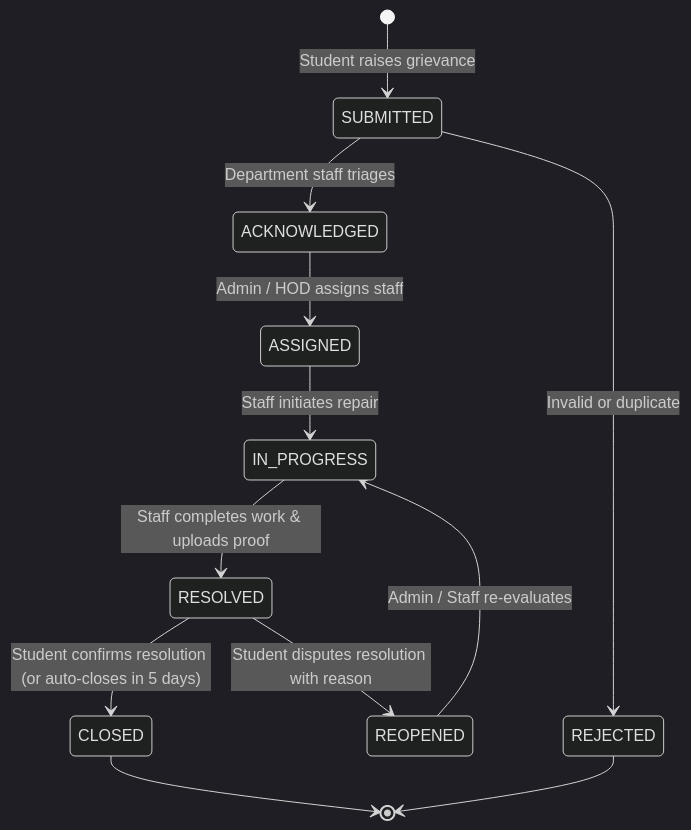
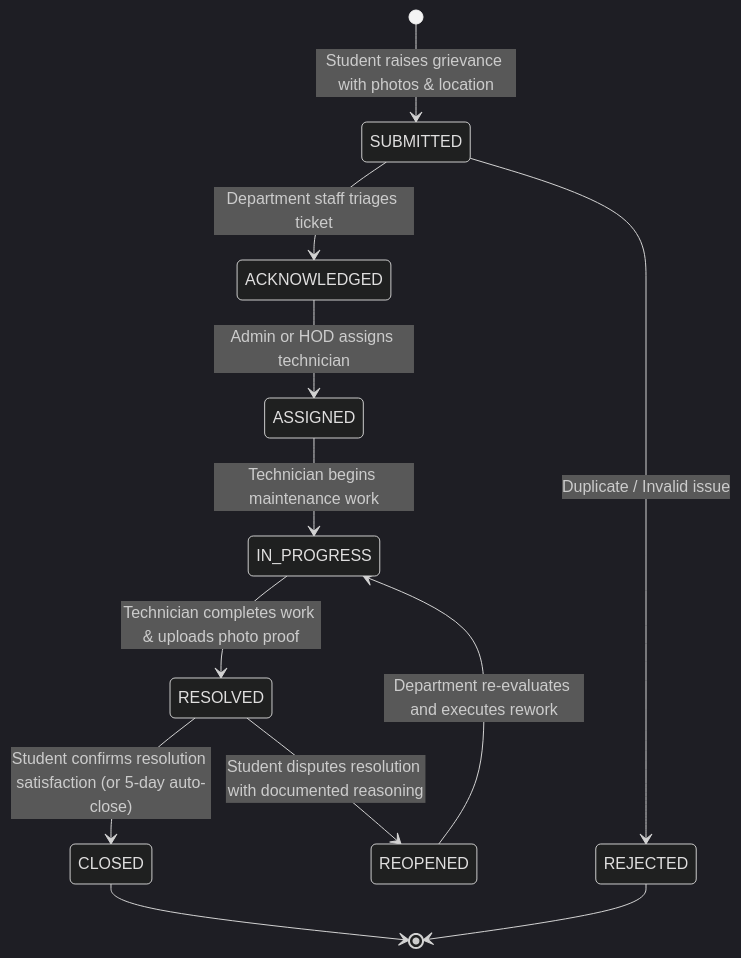
Before and after one commit to PallaviGonjari19/Grievio: the second of 2 diagrams in PROJECT_PLAN.md, drawn with Mermaid (dark theme). The commit also changed other lines of this file and 78 other files, not shown here.

````diff
--- a/PROJECT_PLAN.md
+++ b/PROJECT_PLAN.md
@@ -136,14 +205,14 @@
 ```mermaid
 stateDiagram-v2
-    [*] --> SUBMITTED: Student raises grievance
-    SUBMITTED --> ACKNOWLEDGED: Department staff triages
-    SUBMITTED --> REJECTED: Invalid or duplicate
-    ACKNOWLEDGED --> ASSIGNED: Admin / HOD assigns staff
-    ASSIGNED --> IN_PROGRESS: Staff initiates repair
-    IN_PROGRESS --> RESOLVED: Staff completes work & uploads proof
-    RESOLVED --> CLOSED: Student confirms resolution (or auto-closes in 5 days)
-    RESOLVED --> REOPENED: Student disputes resolution with reason
-    REOPENED --> IN_PROGRESS: Admin / Staff re-evaluates
+    [*] --> SUBMITTED: Student raises grievance with photos & location
+    SUBMITTED --> ACKNOWLEDGED: Department staff triages ticket
+    SUBMITTED --> REJECTED: Duplicate / Invalid issue
+    ACKNOWLEDGED --> ASSIGNED: Admin or HOD assigns technician
+    ASSIGNED --> IN_PROGRESS: Technician begins maintenance work
+    IN_PROGRESS --> RESOLVED: Technician completes work & uploads photo proof
+    RESOLVED --> CLOSED: Student confirms resolution satisfaction (or 5-day auto-close)
+    RESOLVED --> REOPENED: Student disputes resolution with documented reasoning
+    REOPENED --> IN_PROGRESS: Department re-evaluates and executes rework
     CLOSED --> [*]
     REJECTED --> [*]
 ```
````
